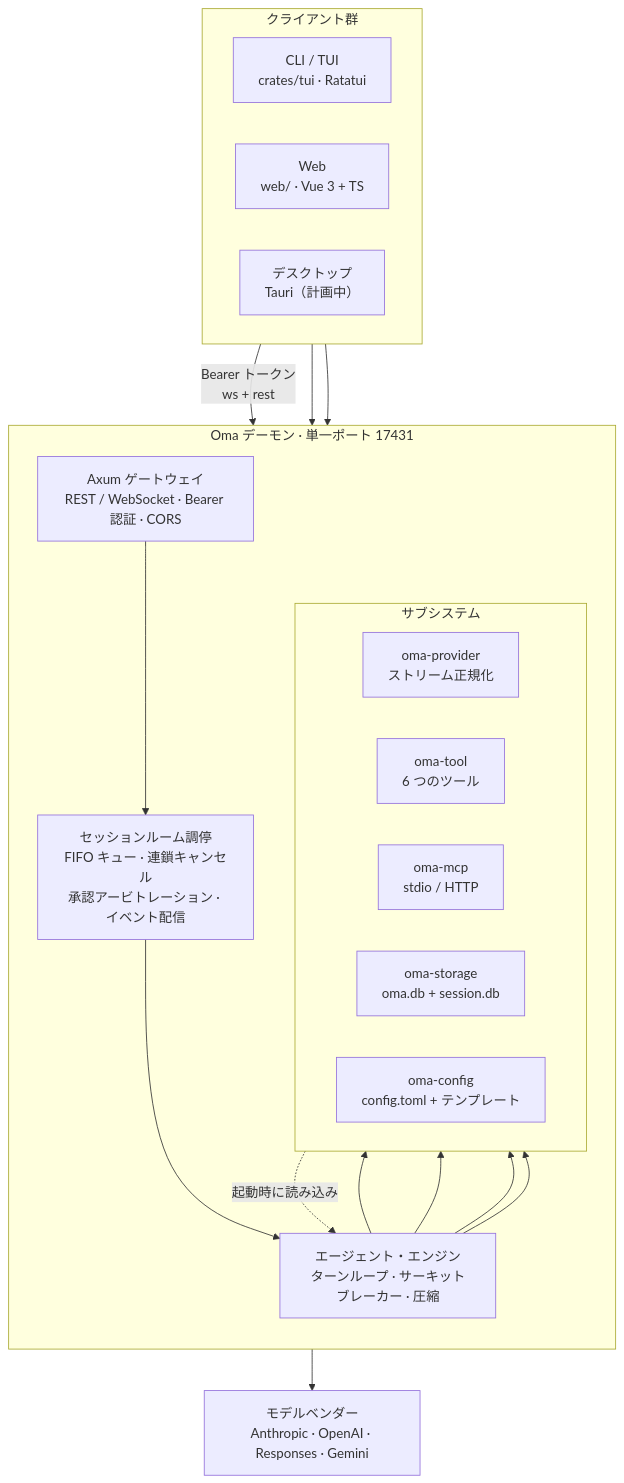
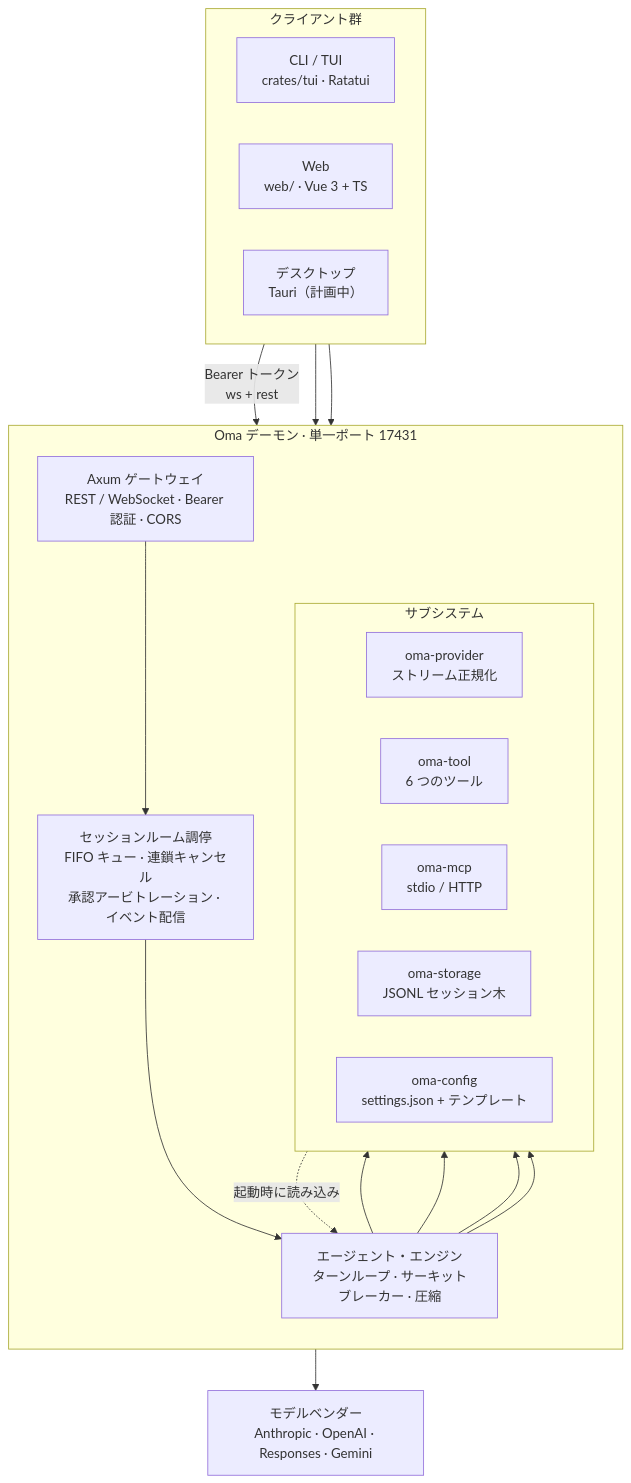
The diagram in README.ja.md (waittide/oma), drawn with Mermaid before and after one commit. The commit also changed other lines of this file and 10 other files, not shown here.

````diff
--- a/README.ja.md
+++ b/README.ja.md
@@ -119,36 +119,36 @@
 ```mermaid
 flowchart TB
     subgraph Clients["クライアント群"]
         direction LR
         TUI["CLI / TUI<br/>crates/tui · Ratatui"]
         WEB["Web<br/>web/ · Vue 3 + TS"]
         DESK["デスクトップ<br/>Tauri（計画中）"]
     end
 
     subgraph Daemon["Oma デーモン · 単一ポート 17431"]
         direction TB
         GW["Axum ゲートウェイ<br/>REST / WebSocket · Bearer 認証 · CORS"]
         ROOM["セッションルーム調停<br/>FIFO キュー · 連鎖キャンセル<br/>承認アービトレーション · イベント配信"]
         ENGINE["エージェント・エンジン<br/>ターンループ · サーキットブレーカー · 圧縮"]
         subgraph Sub["サブシステム"]
             direction LR
             PROV["oma-provider<br/>ストリーム正規化"]
             TOOL["oma-tool<br/>6 つのツール"]
             MCP["oma-mcp<br/>stdio / HTTP"]
-            STORE["oma-storage<br/>oma.db + session.db"]
-            CONF["oma-config<br/>config.toml + テンプレート"]
+            STORE["oma-storage<br/>JSONL セッション木"]
+            CONF["oma-config<br/>settings.json + テンプレート"]
         end
     end
 
     VENDORS["モデルベンダー<br/>Anthropic · OpenAI · Responses · Gemini"]
 
     TUI -->|"Bearer トークン<br/>ws + rest"| GW
     WEB --> GW
     DESK --> GW
     GW --> ROOM --> ENGINE
     ENGINE --> PROV --> VENDORS
     ENGINE --> TOOL
     ENGINE --> MCP
     ENGINE --> STORE
     CONF -.->|"起動時に読み込み"| ENGINE
 ```
````
